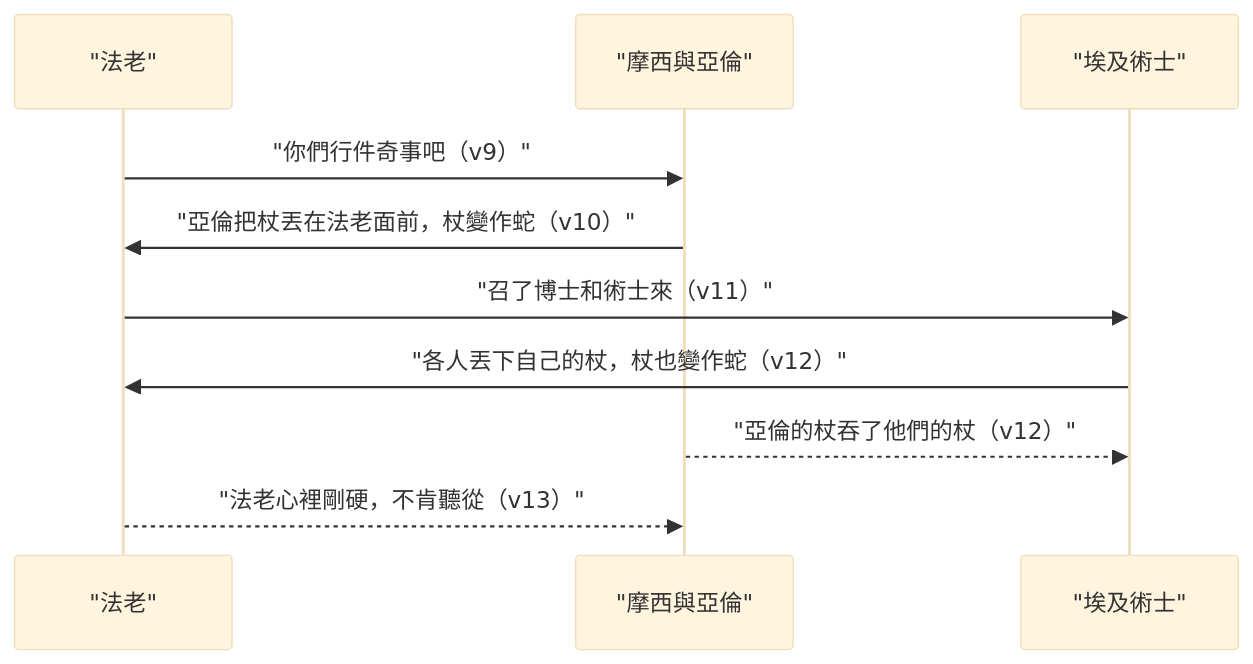
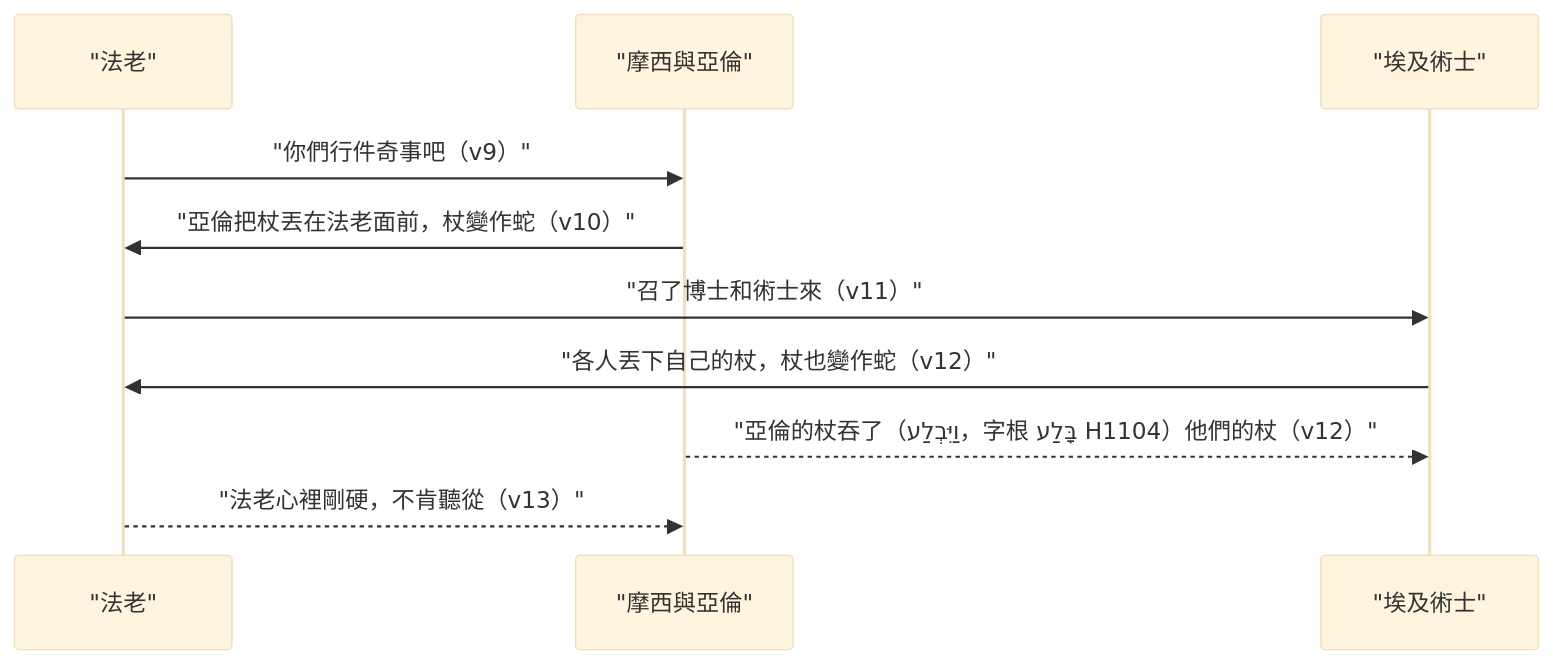
Before and after one commit to andyjr5566/Bible_wiki_zh: the diagram in 02 出埃及記/第7章.md, drawn with Mermaid (base theme). The commit also changed other lines of this file and 17 other files, not shown here.

````diff
--- a/02 出埃及記/第7章.md
+++ b/02 出埃及記/第7章.md
@@ -126,12 +125,12 @@
 ```mermaid
 sequenceDiagram
     participant P as "法老"
     participant A as "摩西與亞倫"
     participant M as "埃及術士"
     P->>A: "你們行件奇事吧（v9）"
     A->>P: "亞倫把杖丟在法老面前，杖變作蛇（v10）"
     P->>M: "召了博士和術士來（v11）"
     M->>P: "各人丟下自己的杖，杖也變作蛇（v12）"
-    A-->>M: "亞倫的杖吞了他們的杖（v12）"
+    A-->>M: "亞倫的杖吞了（וַיִּבְלַע，字根 בָּלַע H1104）他們的杖（v12）"
     P-->>A: "法老心裡剛硬，不肯聽從（v13）"
 ```
````
